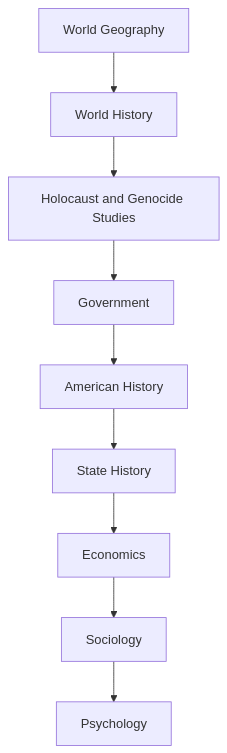
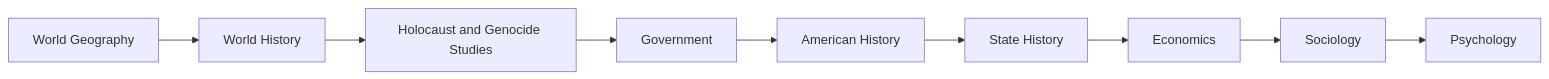
One commit to RIAHPathway/Website-Draft changed the third of 29 diagrams in RIAH-PATHWAY-CURRICULUM-STRUCTURE/RIAH-PATHWAY-HIGH-SCHOOL-STRUCTURE/HIGH-SCHOOL-STRUCTURE.md. Above: the diagram before and after it, drawn with Mermaid. The commit also changed other lines of this file, not shown here.

Commit message:
Match High School Mermaid diagrams to repository working syntax

````diff
--- a/RIAH-PATHWAY-CURRICULUM-STRUCTURE/RIAH-PATHWAY-HIGH-SCHOOL-STRUCTURE/HIGH-SCHOOL-STRUCTURE.md
+++ b/RIAH-PATHWAY-CURRICULUM-STRUCTURE/RIAH-PATHWAY-HIGH-SCHOOL-STRUCTURE/HIGH-SCHOOL-STRUCTURE.md
@@ -315,11 +315,11 @@
 ```mermaid
-graph TD;
-    N0["World Geography"] --> N1["World History"];
-    N1["World History"] --> N2["Holocaust and Genocide Studies"];
-    N2["Holocaust and Genocide Studies"] --> N3["Government"];
-    N3["Government"] --> N4["American History"];
-    N4["American History"] --> N5["State History"];
-    N5["State History"] --> N6["Economics"];
-    N6["Economics"] --> N7["Sociology"];
-    N7["Sociology"] --> N8["Psychology"];
+graph LR
+    N0["World Geography"] --> N1["World History"]
+    N1["World History"] --> N2["Holocaust and Genocide Studies"]
+    N2["Holocaust and Genocide Studies"] --> N3["Government"]
+    N3["Government"] --> N4["American History"]
+    N4["American History"] --> N5["State History"]
+    N5["State History"] --> N6["Economics"]
+    N6["Economics"] --> N7["Sociology"]
+    N7["Sociology"] --> N8["Psychology"]
 ```
````
